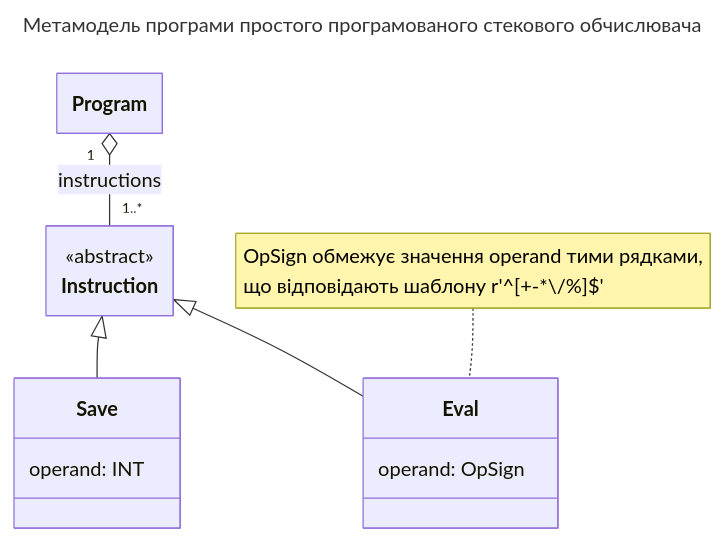
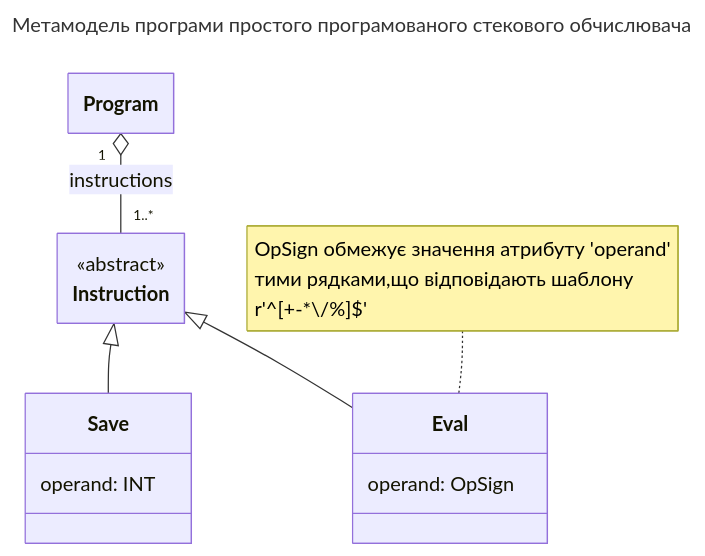
The diagram in Arithmetics. Метамодель мови простого програмованого стекового обчислювача.md (gzholtkevych/Design-Compilers-for-DSL), drawn with Mermaid before and after one commit. The commit also changed 3 other files, not shown here.

````diff
--- a/Arithmetics. Метамодель мови простого програмованого стекового обчислювача.md
+++ b/Arithmetics. Метамодель мови простого програмованого стекового обчислювача.md
@@ -29,18 +29,18 @@
 ```mermaid
 ---
 title: Метамодель програми простого програмованого стекового обчислювача
 config:
   class:
     hideEmptyMembersBox: true
 ---
 classDiagram
 	class Program
 	class Instruction {<<abstract>>}
 	class Save {operand: INT}
 	class Eval {operand: OpSign}
 	
 	Program "1" o-- "1..*" Instruction: instructions
 	Instruction <|-- Save
 	Instruction <|-- Eval
-	note for Eval "OpSign обмежує значення operand тими рядками,<br/>що відповідають шаблону r'^[+-*\\/%]$'"
+	note for Eval "OpSign обмежує значення атрибуту 'operand'<br/>тими рядками,що відповідають шаблону<br/>r'^[+-*\\/%]$'"
 ```
````
